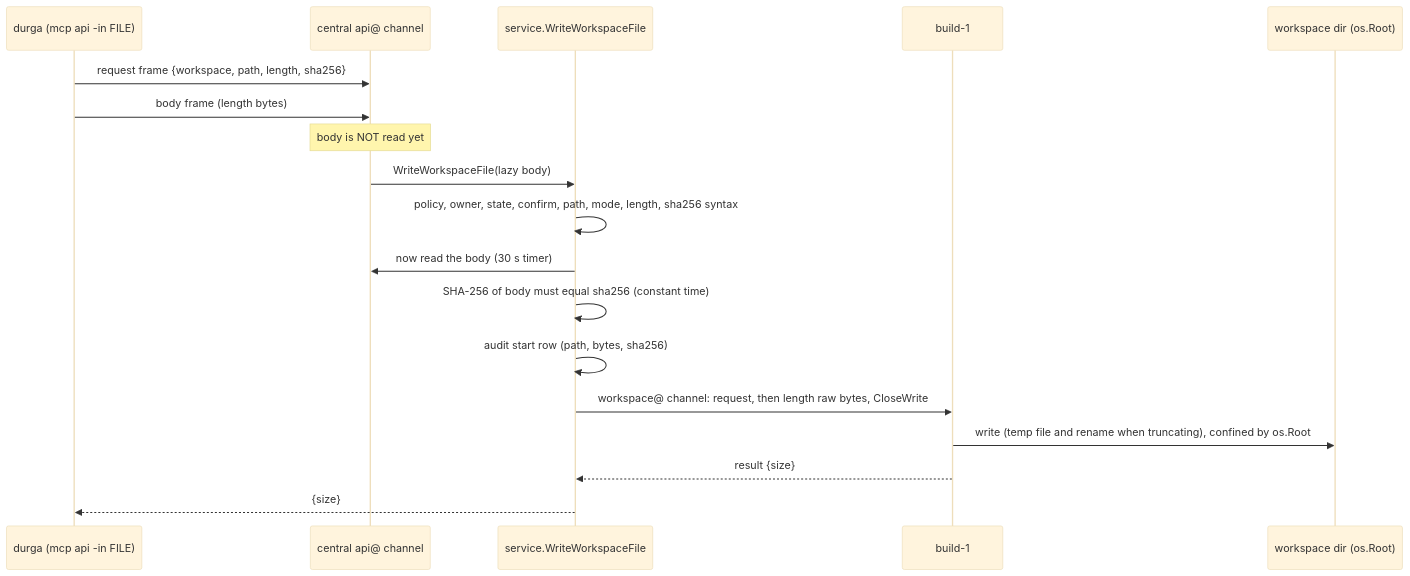
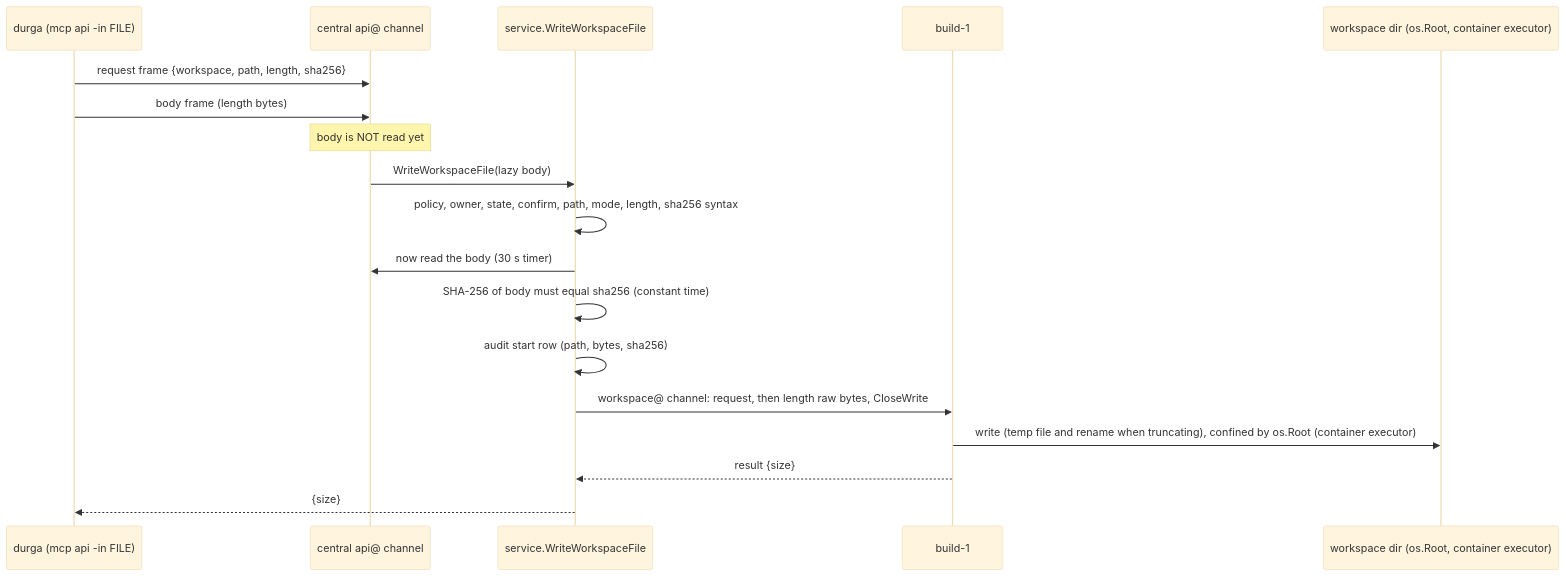
Diagram 23 of 29 in docs/guide/04-flows.md (mirastacklabs-ai/mirafleet), drawn with Mermaid (base theme) before and after one commit. The commit also changed other lines of this file and 12 other files, not shown here.

````diff
--- a/docs/guide/04-flows.md
+++ b/docs/guide/04-flows.md
@@ -1416,21 +1416,21 @@
 ```mermaid
 sequenceDiagram
   participant Op as durga (mcp api -in FILE)
   participant Srv as central api@ channel
   participant Svc as service.WriteWorkspaceFile
   participant Run as build-1
-  participant FS as workspace dir (os.Root)
+  participant FS as workspace dir (os.Root, container executor)
 
   Op->>Srv: request frame {workspace, path, length, sha256}
   Op->>Srv: body frame (length bytes)
   Note over Srv: body is NOT read yet
   Srv->>Svc: WriteWorkspaceFile(lazy body)
   Svc->>Svc: policy, owner, state, confirm, path, mode, length, sha256 syntax
   Svc->>Srv: now read the body (30 s timer)
   Svc->>Svc: SHA-256 of body must equal sha256 (constant time)
   Svc->>Svc: audit start row (path, bytes, sha256)
   Svc->>Run: workspace@ channel: request, then length raw bytes, CloseWrite
-  Run->>FS: write (temp file and rename when truncating), confined by os.Root
+  Run->>FS: write (temp file and rename when truncating), confined by os.Root (container executor)
   Run-->>Svc: result {size}
   Svc-->>Op: {size}
 ```
````
